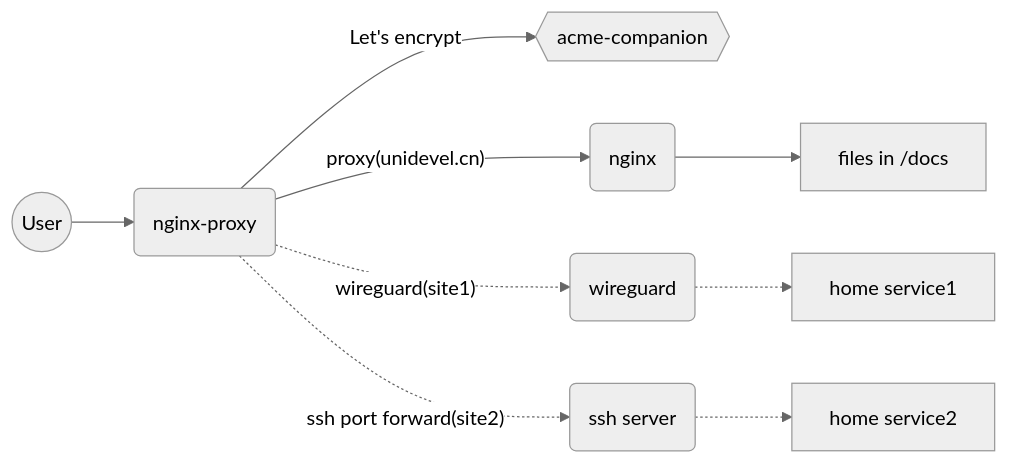
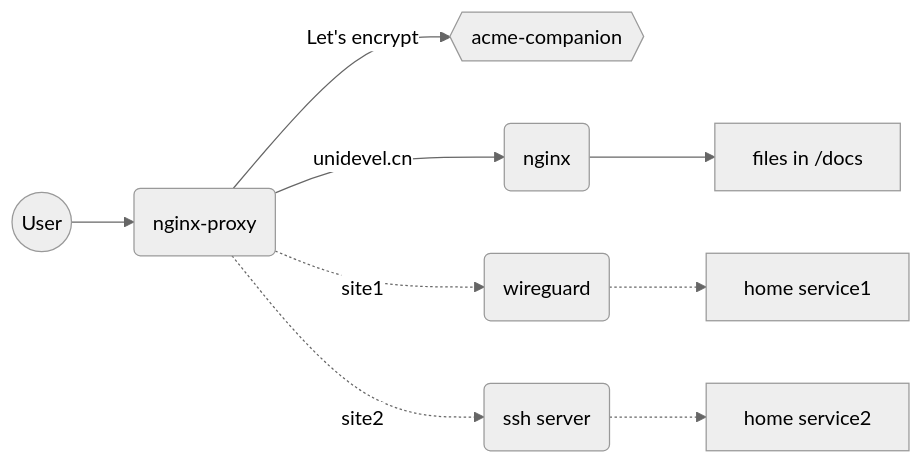
One commit to unidevel/mysite changed the second of 2 diagrams in docs/README.md. Above: the diagram before and after it, drawn with Mermaid (neutral theme). The commit also changed other lines of this file, not shown here.

Commit message:
fix mermaid error in README.md on github

````diff
--- a/docs/README.md
+++ b/docs/README.md
@@ -19,9 +19,9 @@
 ```mermaid
 graph LR
     user(( User )) --> proxy
     proxy(nginx-proxy) -- Let's encrypt --> acme{{acme-companion}}
-    proxy -- proxy(unidevel.cn) --> nginx-docs(nginx)
+    proxy -- unidevel.cn --> nginx-docs(nginx)
     nginx-docs --> docs[ files in /docs ]
-    proxy -. wireguard(site1) .-> wireguard(wireguard) .-> internal1[home service1]
-    proxy -. ssh port forward(site2) .-> ssh(ssh server) .-> internal2[home service2]
+    proxy -. site1 .-> wireguard(wireguard) .-> internal1[home service1]
+    proxy -. site2 .-> ssh(ssh server) .-> internal2[home service2]
 ```
````
